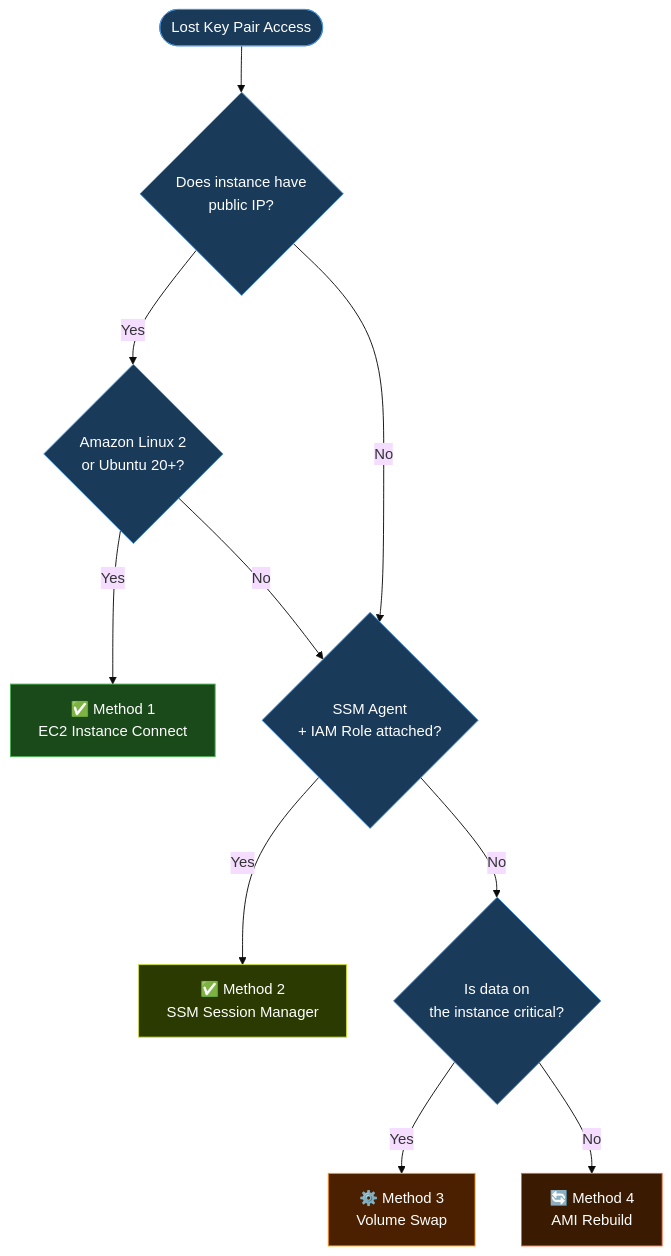
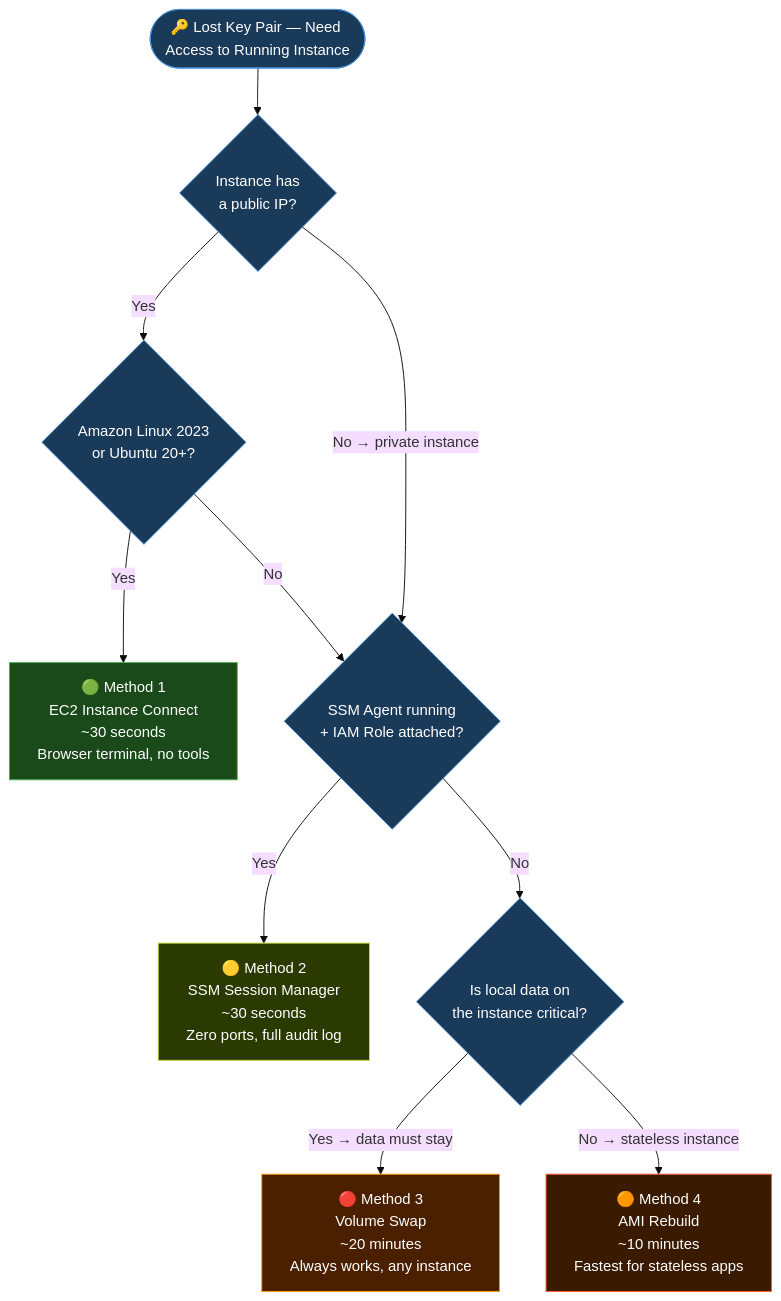
One commit to dharmatejasiddabathina/Aws-ZeroToHero changed the seventh of 14 diagrams in EC2/ec2.md. Above: the diagram before and after it, drawn with Mermaid (base theme). The commit also changed other lines of this file and 1 other file, not shown here.

````diff
--- a/EC2/ec2.md
+++ b/EC2/ec2.md
@@ -474,21 +804,24 @@
 ```mermaid
 flowchart TD
     classDef q fill:#1a3a5a,stroke:#4a90d9,color:#fff
     classDef m1 fill:#1a4a1a,stroke:#4caf50,color:#fff
     classDef m2 fill:#2a3a00,stroke:#cddc39,color:#fff
     classDef m3 fill:#4a2000,stroke:#ff9900,color:#fff
     classDef m4 fill:#3a1a00,stroke:#ff5722,color:#fff
 
-    START([Lost Key Pair Access]):::q
-    Q1{Does instance have\npublic IP?}:::q
-    Q1 -- Yes --> Q2{Amazon Linux 2\nor Ubuntu 20+?}:::q
-    Q2 -- Yes --> M1[✅ Method 1\nEC2 Instance Connect]:::m1
-    Q2 -- No --> Q3
-    Q1 -- No --> Q3{SSM Agent\n+ IAM Role attached?}:::q
-    Q3 -- Yes --> M2[✅ Method 2\nSSM Session Manager]:::m2
-    Q3 -- No --> Q4{Is data on\nthe instance critical?}:::q
-    Q4 -- Yes --> M3[⚙️ Method 3\nVolume Swap]:::m3
-    Q4 -- No --> M4[🔄 Method 4\nAMI Rebuild]:::m4
+    START(["🔑 Lost Key Pair — Need Access to Running Instance"]):::q
+    Q1{"Instance has\na public IP?"}:::q
+    Q2{"Amazon Linux 2023\nor Ubuntu 20+?"}:::q
+    Q3{"SSM Agent running\n+ IAM Role attached?"}:::q
+    Q4{"Is local data on\nthe instance critical?"}:::q
 
     START --> Q1
+    Q1 -- Yes --> Q2
+    Q2 -- Yes --> M1["🟢 Method 1\nEC2 Instance Connect\n~30 seconds\nBrowser terminal, no tools"]:::m1
+    Q2 -- No --> Q3
+    Q1 -- No → private instance --> Q3
+    Q3 -- Yes --> M2["🟡 Method 2\nSSM Session Manager\n~30 seconds\nZero ports, full audit log"]:::m2
+    Q3 -- No --> Q4
+    Q4 -- Yes → data must stay --> M3["🔴 Method 3\nVolume Swap\n~20 minutes\nAlways works, any instance"]:::m3
+    Q4 -- No → stateless instance --> M4["🟠 Method 4\nAMI Rebuild\n~10 minutes\nFastest for stateless apps"]:::m4
 ```
````
